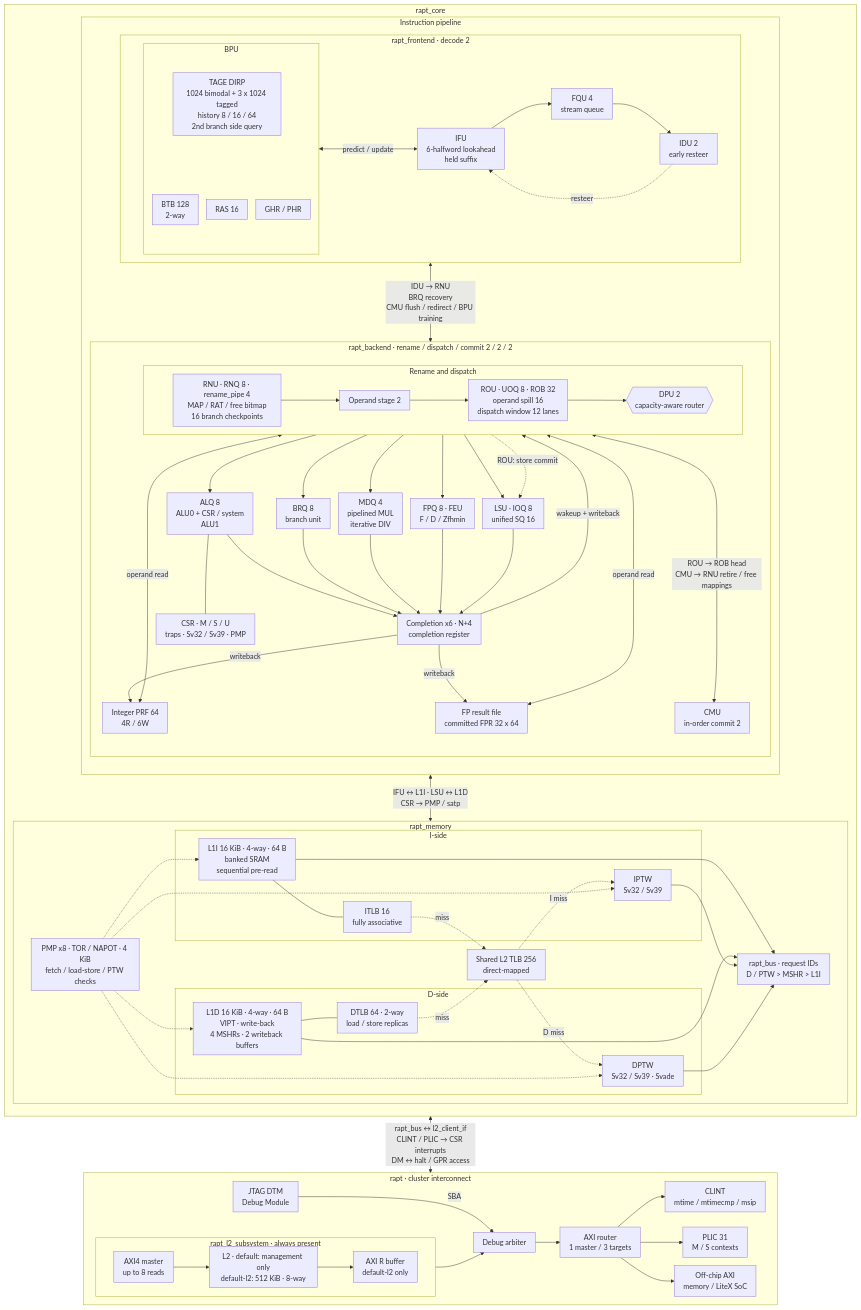
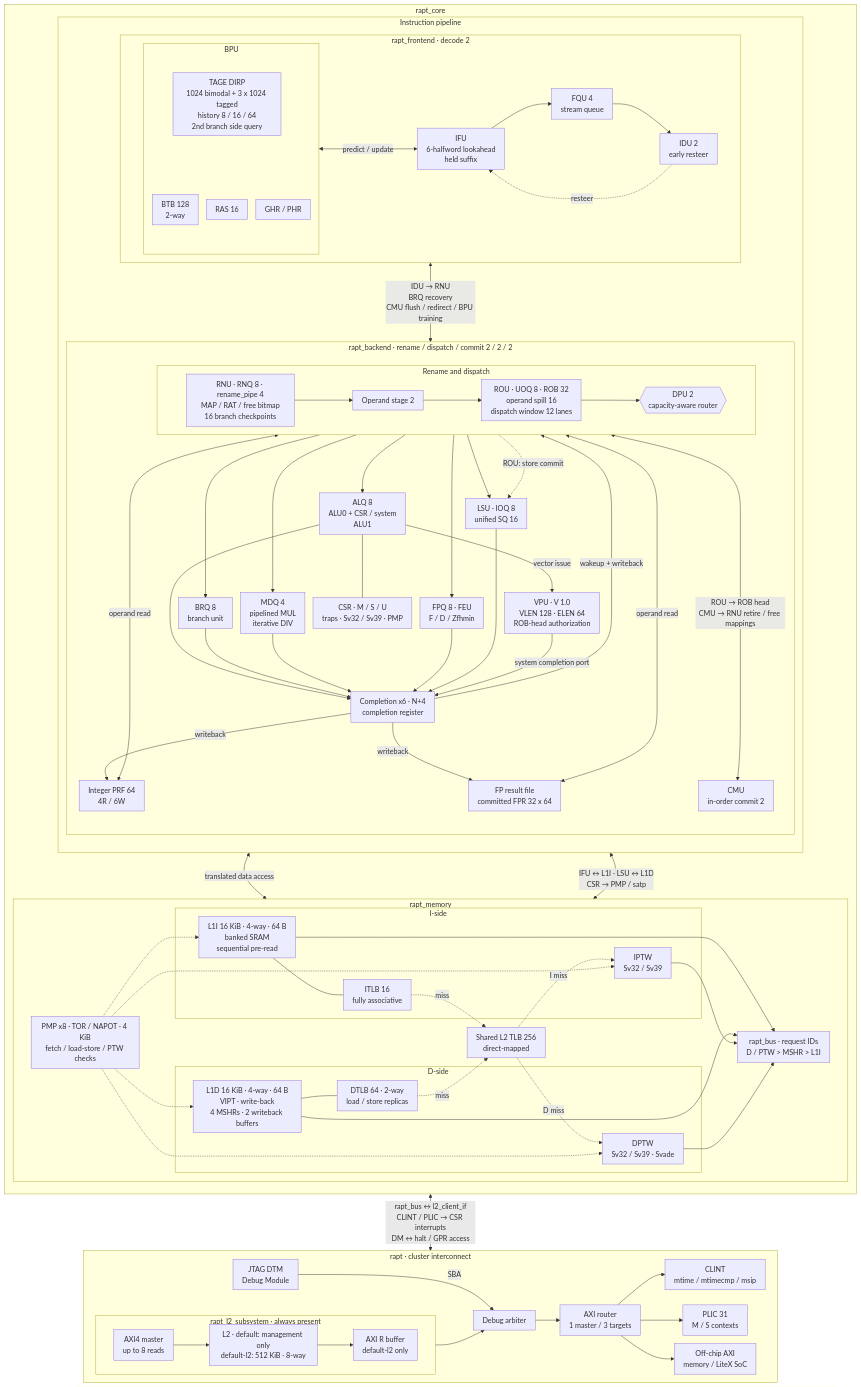
One commit to Kingfish404/raptor-chip changed the diagram in README.md. Above: the diagram before and after it, drawn with Mermaid. The commit also changed other lines of this file and 53 other files, not shown here.

```diff
--- a/README.md
+++ b/README.md
@@ -118,6 +121,7 @@
         BRQ["BRQ 8<br/>branch unit"]
         MDQ["MDQ 4<br/>pipelined MUL<br/>iterative DIV"]
         FPQ["FPQ 8 · FEU<br/>F / D / Zfhmin"]
+        VPU["VPU · V 1.0<br/>VLEN 128 · ELEN 64<br/>ROB-head authorization"]
         LSU["LSU · IOQ 8<br/>unified SQ 16"]
         CPL["Completion x6 · N+4<br/>completion register"]
         PRF["Integer PRF 64<br/>4R / 6W"]
@@ -125,7 +129,9 @@
         CMU["CMU<br/>in-order commit 2"]
         CSR["CSR · M / S / U<br/>traps · Sv32 / Sv39 · PMP"]
         ORD --> ALQ & BRQ & MDQ & FPQ & LSU
+        ALQ -->|vector issue| VPU
         ALQ & BRQ & MDQ & FPQ & LSU --> CPL
+        VPU -->|system completion port| CPL
         CPL -->|wakeup + writeback| ORD
         CPL -->|writeback| PRF & FPR
         ORD <-->|operand read| PRF & FPR
@@ -160,6 +166,7 @@
       L1I & L1D & IPTW & DPTW --> BUS
     end
     PIPE <-->|"IFU ↔ L1I · LSU ↔ L1D<br/>CSR → PMP / satp"| MEM
+    VPU <-->|"translated data access"| L1D
   end
   subgraph CLU["rapt · cluster interconnect"]
     direction LR
```
